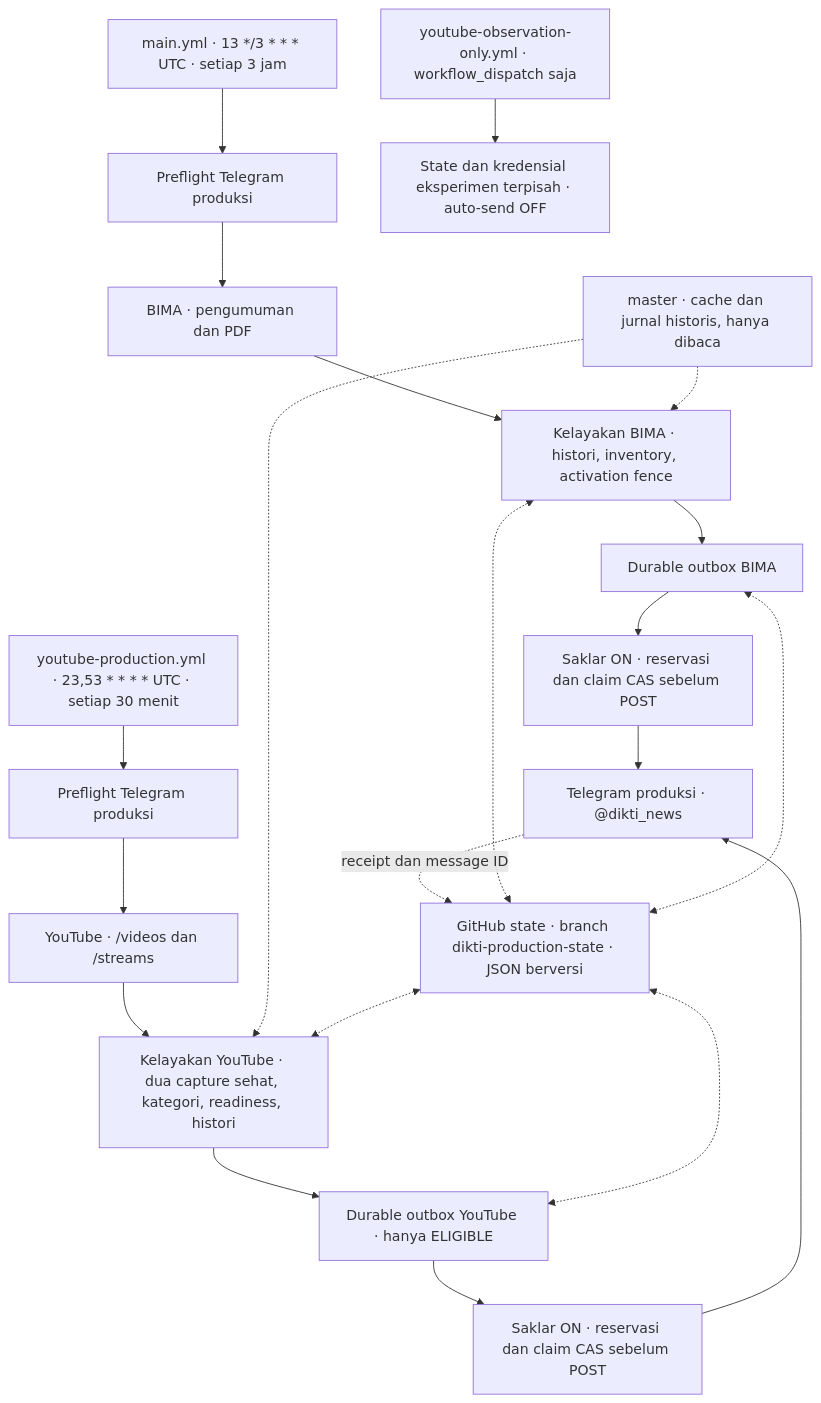
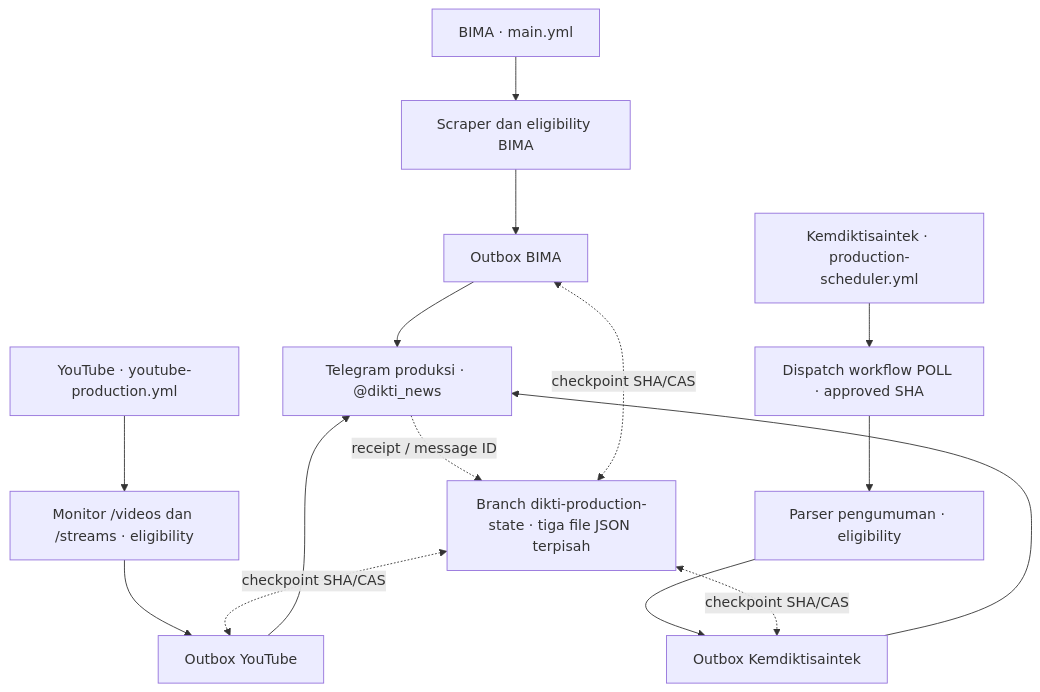
The diagram in README.md (Galih-Hermawan-Unikom/bima-dikti-news), drawn with Mermaid before and after one commit. The commit also changed other lines of this file, not shown here.

First line of the commit message:
docs: perbarui README publik untuk tiga sumber Dikti News Bot (#35)

````diff
--- a/README.md
+++ b/README.md
@@ -20,26 +31,20 @@
 ```mermaid
 flowchart TD
-    WB["main.yml · 13 */3 * * * UTC · setiap 3 jam"] --> PB["Preflight Telegram produksi"]
-    PB --> B["BIMA · pengumuman dan PDF"]
-    B --> EB["Kelayakan BIMA · histori, inventory, activation fence"]
-    EB --> OB["Durable outbox BIMA"]
-    OB --> CB["Saklar ON · reservasi dan claim CAS sebelum POST"]
-    CB --> T["Telegram produksi · @dikti_news"]
+    WB["BIMA · main.yml"] --> B["Scraper dan eligibility BIMA"]
+    WY["YouTube · youtube-production.yml"] --> Y["Monitor /videos dan /streams · eligibility"]
+    WK["Kemdiktisaintek · production-scheduler.yml"] --> DK["Dispatch workflow POLL · approved SHA"]
+    DK --> K["Parser pengumuman · eligibility"]
 
-    WY["youtube-production.yml · 23,53 * * * * UTC · setiap 30 menit"] --> PY["Preflight Telegram produksi"]
-    PY --> Y["YouTube · /videos dan /streams"]
-    Y --> EY["Kelayakan YouTube · dua capture sehat, kategori, readiness, histori"]
-    EY --> OY["Durable outbox YouTube · hanya ELIGIBLE"]
-    OY --> CY["Saklar ON · reservasi dan claim CAS sebelum POST"]
-    CY --> T
+    B --> OB["Outbox BIMA"]
+    Y --> OY["Outbox YouTube"]
+    K --> OK["Outbox Kemdiktisaintek"]
 
-    H["master · cache dan jurnal historis, hanya dibaca"] -.-> EB
-    H -.-> EY
-    S["GitHub state · branch dikti-production-state · JSON berversi"] <-.-> EB
-    S <-.-> EY
-    S <-.-> OB
-    S <-.-> OY
-    T -. "receipt dan message ID" .-> S
+    OB --> T["Telegram produksi · @dikti_news"]
+    OY --> T
+    OK --> T
 
-    WE["youtube-observation-only.yml · workflow_dispatch saja"] --> EX["State dan kredensial eksperimen terpisah · auto-send OFF"]
+    S["Branch dikti-production-state · tiga file JSON terpisah"] <-. "checkpoint SHA/CAS" .-> OB
+    S <-. "checkpoint SHA/CAS" .-> OY
+    S <-. "checkpoint SHA/CAS" .-> OK
+    T -. "receipt / message ID" .-> S
 ```
````
